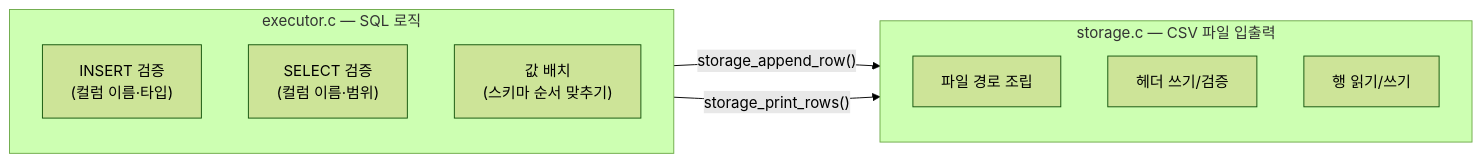
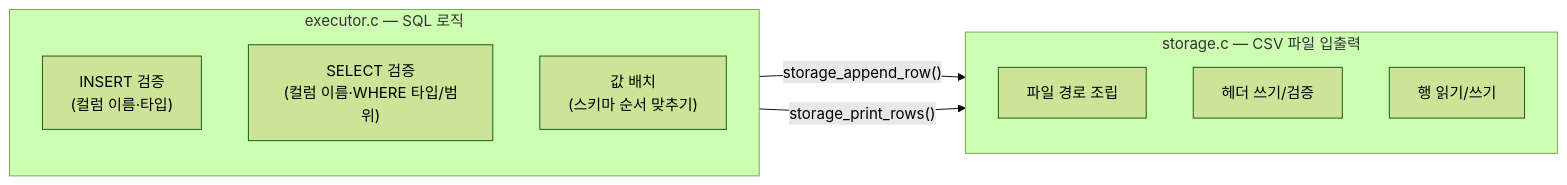
The first of 17 diagrams in docs/storage-executor.md (Jungle-12-303/week6-team5-sql), drawn with Mermaid (forest theme) before and after one commit. The commit also changed other lines of this file and 4 other files, not shown here.

````diff
--- a/docs/storage-executor.md
+++ b/docs/storage-executor.md
@@ -11,17 +11,17 @@
 ```mermaid
 flowchart LR
     subgraph executor["executor.c — SQL 로직"]
         E1["INSERT 검증<br/>(컬럼 이름·타입)"]
-        E2["SELECT 검증<br/>(컬럼 이름·범위)"]
+        E2["SELECT 검증<br/>(컬럼 이름·WHERE 타입/범위)"]
         E3["값 배치<br/>(스키마 순서 맞추기)"]
     end
 
     subgraph storage["storage.c — CSV 파일 입출력"]
         S1["파일 경로 조립"]
         S2["헤더 쓰기/검증"]
         S3["행 읽기/쓰기"]
     end
 
     executor -->|"storage_append_row()"| storage
     executor -->|"storage_print_rows()"| storage
 ```
````
